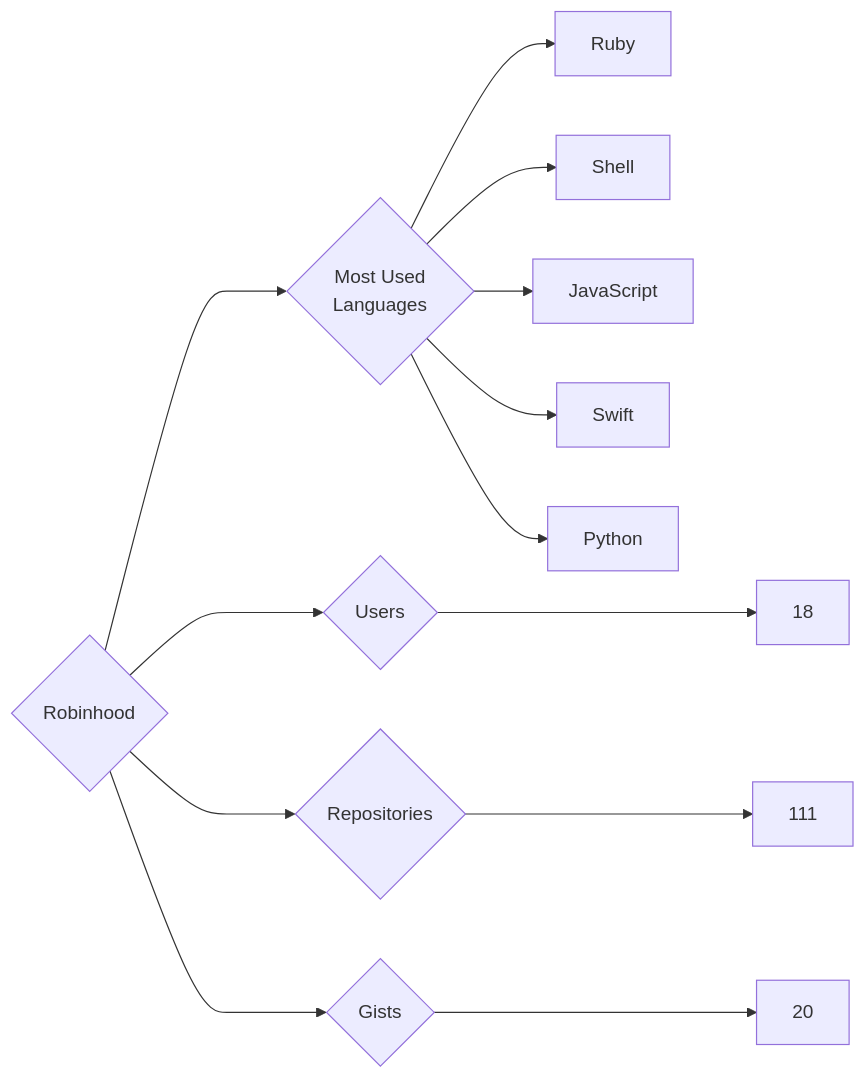
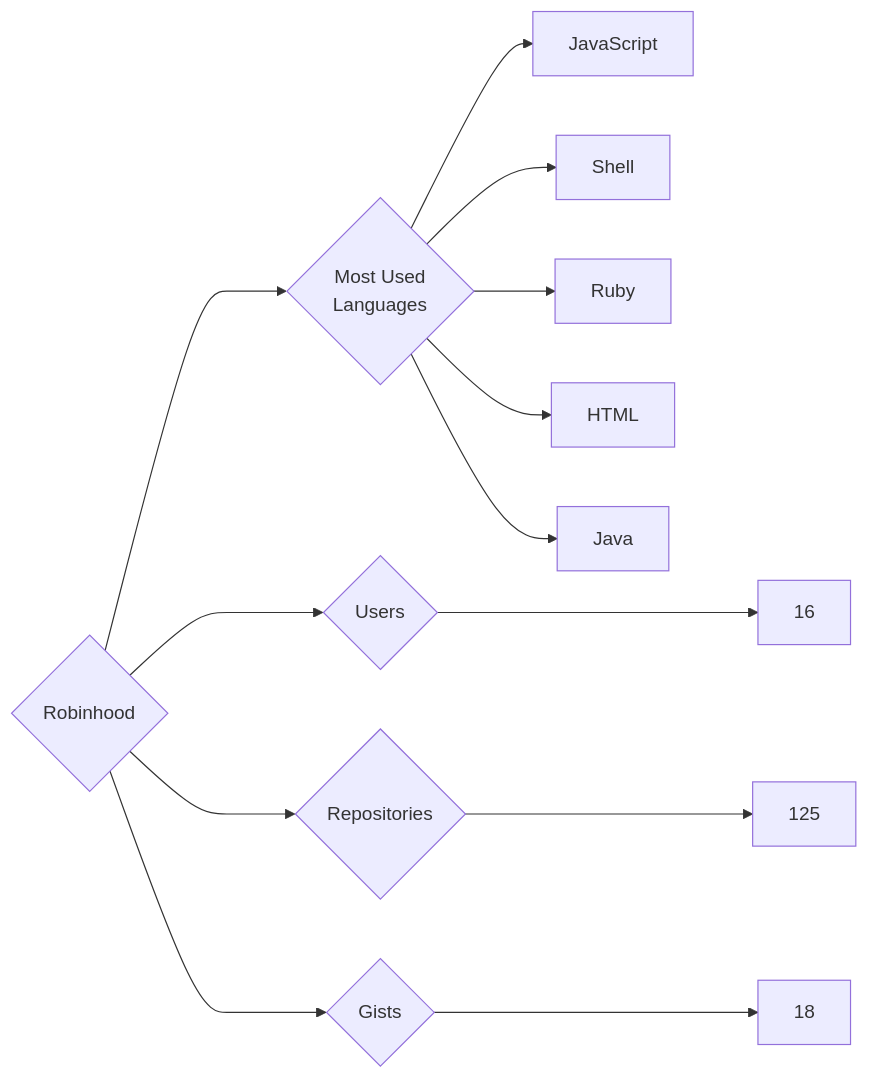
Before and after one commit to trickest/insiders: the diagram in targets/Robinhood/README.md, drawn with Mermaid. The commit also changed 1479 other files, not shown here.

````diff
--- a/targets/Robinhood/README.md
+++ b/targets/Robinhood/README.md
@@ -3,13 +3,13 @@
 ```mermaid
 graph LR
 COMPANY_NAME{Robinhood}
-COMPANY_NAME ---> U{Users} ---> UN[18]
-COMPANY_NAME ---> R{Repositories} ---> RN[111]
-COMPANY_NAME ---> G{Gists} ---> GN[20]
+COMPANY_NAME ---> U{Users} ---> UN[16]
+COMPANY_NAME ---> R{Repositories} ---> RN[125]
+COMPANY_NAME ---> G{Gists} ---> GN[18]
 COMPANY_NAME ---> ML{Most Used<br>Languages}
+ML --> JavaScript[JavaScript]
+ML --> Shell[Shell]
 ML --> Ruby[Ruby]
-ML --> Shell[Shell]
-ML --> JavaScript[JavaScript]
-ML --> Swift[Swift]
-ML --> Python[Python]
+ML --> HTML[HTML]
+ML --> Java[Java]
 ```
````
